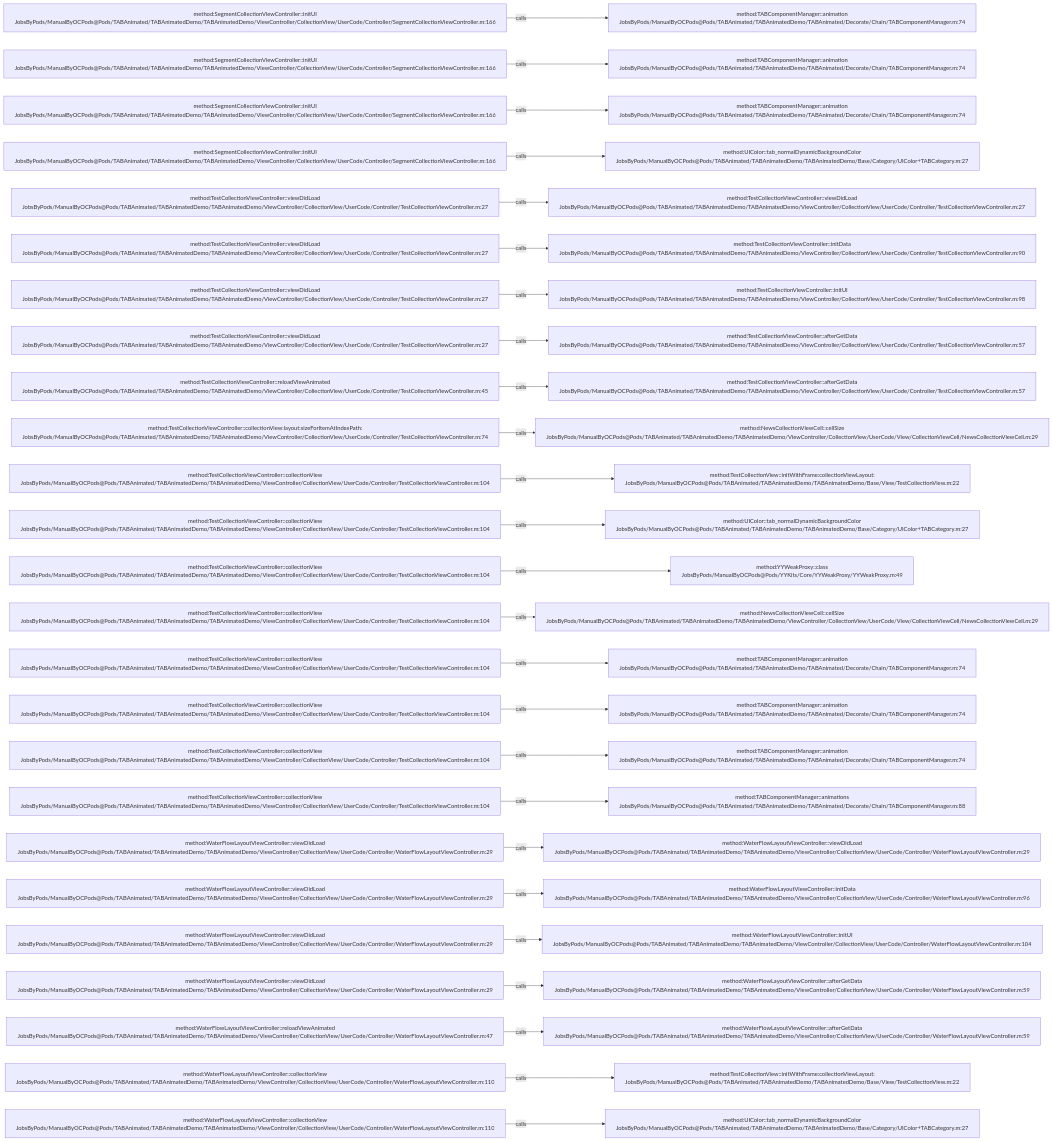
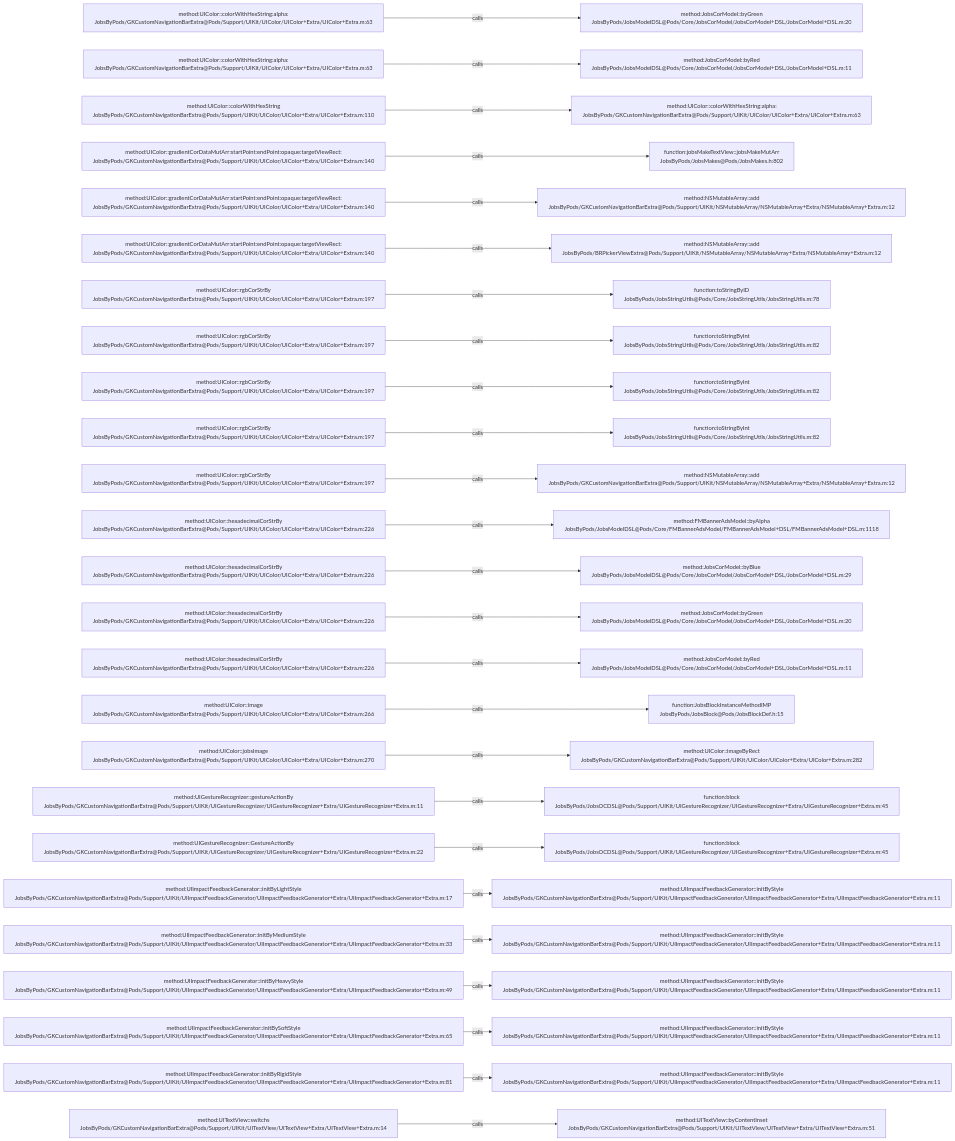
One commit to JobsKits/JobsOCBaseConfigDemo changed the diagram in .codegraph/codegraph.md/graphs/calls-039.md. Above: the diagram before and after it, drawn with Mermaid. The commit also changed 768 other files, not shown here.

````diff
--- a/.codegraph/codegraph.md/graphs/calls-039.md
+++ b/.codegraph/codegraph.md/graphs/calls-039.md
@@ -13,78 +13,78 @@
 ```mermaid
 flowchart LR
-  S1["method:SegmentCollectionViewController::initUI<br/>JobsByPods/ManualByOCPods@Pods/TABAnimated/TABAnimatedDemo/TABAnimatedDemo/ViewController/CollectionView/UserCode/Controller/SegmentCollectionViewController.m:166"]
-  T1["method:TABComponentManager::animation<br/>JobsByPods/ManualByOCPods@Pods/TABAnimated/TABAnimatedDemo/TABAnimated/Decorate/Chain/TABComponentManager.m:74"]
+  S1["method:UIColor::colorWithHexString:alpha:<br/>JobsByPods/GKCustomNavigationBarExtra@Pods/Support/UIKit/UIColor/UIColor+Extra/UIColor+Extra.m:63"]
+  T1["method:JobsCorModel::byGreen<br/>JobsByPods/JobsModelDSL@Pods/Core/JobsCorModel/JobsCorModel+DSL/JobsCorModel+DSL.m:20"]
   S1 -->|calls| T1
-  S2["method:SegmentCollectionViewController::initUI<br/>JobsByPods/ManualByOCPods@Pods/TABAnimated/TABAnimatedDemo/TABAnimatedDemo/ViewController/CollectionView/UserCode/Controller/SegmentCollectionViewController.m:166"]
-  T2["method:TABComponentManager::animation<br/>JobsByPods/ManualByOCPods@Pods/TABAnimated/TABAnimatedDemo/TABAnimated/Decorate/Chain/TABComponentManager.m:74"]
+  S2["method:UIColor::colorWithHexString:alpha:<br/>JobsByPods/GKCustomNavigationBarExtra@Pods/Support/UIKit/UIColor/UIColor+Extra/UIColor+Extra.m:63"]
+  T2["method:JobsCorModel::byRed<br/>JobsByPods/JobsModelDSL@Pods/Core/JobsCorModel/JobsCorModel+DSL/JobsCorModel+DSL.m:11"]
   S2 -->|calls| T2
-  S3["method:SegmentCollectionViewController::initUI<br/>JobsByPods/ManualByOCPods@Pods/TABAnimated/TABAnimatedDemo/TABAnimatedDemo/ViewController/CollectionView/UserCode/Controller/SegmentCollectionViewController.m:166"]
-  T3["method:TABComponentManager::animation<br/>JobsByPods/ManualByOCPods@Pods/TABAnimated/TABAnimatedDemo/TABAnimated/Decorate/Chain/TABComponentManager.m:74"]
+  S3["method:UIColor::colorWithHexString<br/>JobsByPods/GKCustomNavigationBarExtra@Pods/Support/UIKit/UIColor/UIColor+Extra/UIColor+Extra.m:110"]
+  T3["method:UIColor::colorWithHexString:alpha:<br/>JobsByPods/GKCustomNavigationBarExtra@Pods/Support/UIKit/UIColor/UIColor+Extra/UIColor+Extra.m:63"]
   S3 -->|calls| T3
-  S4["method:SegmentCollectionViewController::initUI<br/>JobsByPods/ManualByOCPods@Pods/TABAnimated/TABAnimatedDemo/TABAnimatedDemo/ViewController/CollectionView/UserCode/Controller/SegmentCollectionViewController.m:166"]
-  T4["method:UIColor::tab_normalDynamicBackgroundColor<br/>JobsByPods/ManualByOCPods@Pods/TABAnimated/TABAnimatedDemo/TABAnimatedDemo/Base/Category/UIColor+TABCategory.m:27"]
+  S4["method:UIColor::gradientCorDataMutArr:startPoint:endPoint:opaque:targetViewRect:<br/>JobsByPods/GKCustomNavigationBarExtra@Pods/Support/UIKit/UIColor/UIColor+Extra/UIColor+Extra.m:140"]
+  T4["function:jobsMakeTextView::jobsMakeMutArr<br/>JobsByPods/JobsMakes@Pods/JobsMakes.h:802"]
   S4 -->|calls| T4
-  S5["method:TestCollectionViewController::viewDidLoad<br/>JobsByPods/ManualByOCPods@Pods/TABAnimated/TABAnimatedDemo/TABAnimatedDemo/ViewController/CollectionView/UserCode/Controller/TestCollectionViewController.m:27"]
-  T5["method:TestCollectionViewController::viewDidLoad<br/>JobsByPods/ManualByOCPods@Pods/TABAnimated/TABAnimatedDemo/TABAnimatedDemo/ViewController/CollectionView/UserCode/Controller/TestCollectionViewController.m:27"]
+  S5["method:UIColor::gradientCorDataMutArr:startPoint:endPoint:opaque:targetViewRect:<br/>JobsByPods/GKCustomNavigationBarExtra@Pods/Support/UIKit/UIColor/UIColor+Extra/UIColor+Extra.m:140"]
+  T5["method:NSMutableArray::add<br/>JobsByPods/GKCustomNavigationBarExtra@Pods/Support/UIKit/NSMutableArray/NSMutableArray+Extra/NSMutableArray+Extra.m:12"]
   S5 -->|calls| T5
-  S6["method:TestCollectionViewController::viewDidLoad<br/>JobsByPods/ManualByOCPods@Pods/TABAnimated/TABAnimatedDemo/TABAnimatedDemo/ViewController/CollectionView/UserCode/Controller/TestCollectionViewController.m:27"]
-  T6["method:TestCollectionViewController::initData<br/>JobsByPods/ManualByOCPods@Pods/TABAnimated/TABAnimatedDemo/TABAnimatedDemo/ViewController/CollectionView/UserCode/Controller/TestCollectionViewController.m:90"]
+  S6["method:UIColor::gradientCorDataMutArr:startPoint:endPoint:opaque:targetViewRect:<br/>JobsByPods/GKCustomNavigationBarExtra@Pods/Support/UIKit/UIColor/UIColor+Extra/UIColor+Extra.m:140"]
+  T6["method:NSMutableArray::add<br/>JobsByPods/BRPickerViewExtra@Pods/Support/UIKit/NSMutableArray/NSMutableArray+Extra/NSMutableArray+Extra.m:12"]
   S6 -->|calls| T6
-  S7["method:TestCollectionViewController::viewDidLoad<br/>JobsByPods/ManualByOCPods@Pods/TABAnimated/TABAnimatedDemo/TABAnimatedDemo/ViewController/CollectionView/UserCode/Controller/TestCollectionViewController.m:27"]
-  T7["method:TestCollectionViewController::initUI<br/>JobsByPods/ManualByOCPods@Pods/TABAnimated/TABAnimatedDemo/TABAnimatedDemo/ViewController/CollectionView/UserCode/Controller/TestCollectionViewController.m:98"]
+  S7["method:UIColor::rgbCorStrBy<br/>JobsByPods/GKCustomNavigationBarExtra@Pods/Support/UIKit/UIColor/UIColor+Extra/UIColor+Extra.m:197"]
+  T7["function:toStringByID<br/>JobsByPods/JobsStringUtils@Pods/Core/JobsStringUtils/JobsStringUtils.m:78"]
   S7 -->|calls| T7
-  S8["method:TestCollectionViewController::viewDidLoad<br/>JobsByPods/ManualByOCPods@Pods/TABAnimated/TABAnimatedDemo/TABAnimatedDemo/ViewController/CollectionView/UserCode/Controller/TestCollectionViewController.m:27"]
-  T8["method:TestCollectionViewController::afterGetData<br/>JobsByPods/ManualByOCPods@Pods/TABAnimated/TABAnimatedDemo/TABAnimatedDemo/ViewController/CollectionView/UserCode/Controller/TestCollectionViewController.m:57"]
+  S8["method:UIColor::rgbCorStrBy<br/>JobsByPods/GKCustomNavigationBarExtra@Pods/Support/UIKit/UIColor/UIColor+Extra/UIColor+Extra.m:197"]
+  T8["function:toStringByInt<br/>JobsByPods/JobsStringUtils@Pods/Core/JobsStringUtils/JobsStringUtils.m:82"]
   S8 -->|calls| T8
-  S9["method:TestCollectionViewController::reloadViewAnimated<br/>JobsByPods/ManualByOCPods@Pods/TABAnimated/TABAnimatedDemo/TABAnimatedDemo/ViewController/CollectionView/UserCode/Controller/TestCollectionViewController.m:45"]
-  T9["method:TestCollectionViewController::afterGetData<br/>JobsByPods/ManualByOCPods@Pods/TABAnimated/TABAnimatedDemo/TABAnimatedDemo/ViewController/CollectionView/UserCode/Controller/TestCollectionViewController.m:57"]
+  S9["method:UIColor::rgbCorStrBy<br/>JobsByPods/GKCustomNavigationBarExtra@Pods/Support/UIKit/UIColor/UIColor+Extra/UIColor+Extra.m:197"]
+  T9["function:toStringByInt<br/>JobsByPods/JobsStringUtils@Pods/Core/JobsStringUtils/JobsStringUtils.m:82"]
   S9 -->|calls| T9
-  S10["method:TestCollectionViewController::collectionView:layout:sizeForItemAtIndexPath:<br/>JobsByPods/ManualByOCPods@Pods/TABAnimated/TABAnimatedDemo/TABAnimatedDemo/ViewController/CollectionView/UserCode/Controller/TestCollectionViewController.m:74"]
-  T10["method:NewsCollectionViewCell::cellSize<br/>JobsByPods/ManualByOCPods@Pods/TABAnimated/TABAnimatedDemo/TABAnimatedDemo/ViewController/CollectionView/UserCode/View/CollectionViewCell/NewsCollectionViewCell.m:29"]
+  S10["method:UIColor::rgbCorStrBy<br/>JobsByPods/GKCustomNavigationBarExtra@Pods/Support/UIKit/UIColor/UIColor+Extra/UIColor+Extra.m:197"]
+  T10["function:toStringByInt<br/>JobsByPods/JobsStringUtils@Pods/Core/JobsStringUtils/JobsStringUtils.m:82"]
   S10 -->|calls| T10
-  S11["method:TestCollectionViewController::collectionView<br/>JobsByPods/ManualByOCPods@Pods/TABAnimated/TABAnimatedDemo/TABAnimatedDemo/ViewController/CollectionView/UserCode/Controller/TestCollectionViewController.m:104"]
-  T11["method:TestCollectionView::initWithFrame:collectionViewLayout:<br/>JobsByPods/ManualByOCPods@Pods/TABAnimated/TABAnimatedDemo/TABAnimatedDemo/Base/View/TestCollectionView.m:22"]
+  S11["method:UIColor::rgbCorStrBy<br/>JobsByPods/GKCustomNavigationBarExtra@Pods/Support/UIKit/UIColor/UIColor+Extra/UIColor+Extra.m:197"]
+  T11["method:NSMutableArray::add<br/>JobsByPods/GKCustomNavigationBarExtra@Pods/Support/UIKit/NSMutableArray/NSMutableArray+Extra/NSMutableArray+Extra.m:12"]
   S11 -->|calls| T11
-  S12["method:TestCollectionViewController::collectionView<br/>JobsByPods/ManualByOCPods@Pods/TABAnimated/TABAnimatedDemo/TABAnimatedDemo/ViewController/CollectionView/UserCode/Controller/TestCollectionViewController.m:104"]
-  T12["method:UIColor::tab_normalDynamicBackgroundColor<br/>JobsByPods/ManualByOCPods@Pods/TABAnimated/TABAnimatedDemo/TABAnimatedDemo/Base/Category/UIColor+TABCategory.m:27"]
+  S12["method:UIColor::hexadecimalCorStrBy<br/>JobsByPods/GKCustomNavigationBarExtra@Pods/Support/UIKit/UIColor/UIColor+Extra/UIColor+Extra.m:226"]
+  T12["method:FMBannerAdsModel::byAlpha<br/>JobsByPods/JobsModelDSL@Pods/Core/FMBannerAdsModel/FMBannerAdsModel+DSL/FMBannerAdsModel+DSL.m:1118"]
   S12 -->|calls| T12
-  S13["method:TestCollectionViewController::collectionView<br/>JobsByPods/ManualByOCPods@Pods/TABAnimated/TABAnimatedDemo/TABAnimatedDemo/ViewController/CollectionView/UserCode/Controller/TestCollectionViewController.m:104"]
-  T13["method:YYWeakProxy::class<br/>JobsByPods/ManualByOCPods@Pods/YYKits/Core/YYWeakProxy/YYWeakProxy.m:49"]
+  S13["method:UIColor::hexadecimalCorStrBy<br/>JobsByPods/GKCustomNavigationBarExtra@Pods/Support/UIKit/UIColor/UIColor+Extra/UIColor+Extra.m:226"]
+  T13["method:JobsCorModel::byBlue<br/>JobsByPods/JobsModelDSL@Pods/Core/JobsCorModel/JobsCorModel+DSL/JobsCorModel+DSL.m:29"]
   S13 -->|calls| T13
-  S14["method:TestCollectionViewController::collectionView<br/>JobsByPods/ManualByOCPods@Pods/TABAnimated/TABAnimatedDemo/TABAnimatedDemo/ViewController/CollectionView/UserCode/Controller/TestCollectionViewController.m:104"]
-  T14["method:NewsCollectionViewCell::cellSize<br/>JobsByPods/ManualByOCPods@Pods/TABAnimated/TABAnimatedDemo/TABAnimatedDemo/ViewController/CollectionView/UserCode/View/CollectionViewCell/NewsCollectionViewCell.m:29"]
+  S14["method:UIColor::hexadecimalCorStrBy<br/>JobsByPods/GKCustomNavigationBarExtra@Pods/Support/UIKit/UIColor/UIColor+Extra/UIColor+Extra.m:226"]
+  T14["method:JobsCorModel::byGreen<br/>JobsByPods/JobsModelDSL@Pods/Core/JobsCorModel/JobsCorModel+DSL/JobsCorModel+DSL.m:20"]
   S14 -->|calls| T14
-  S15["method:TestCollectionViewController::collectionView<br/>JobsByPods/ManualByOCPods@Pods/TABAnimated/TABAnimatedDemo/TABAnimatedDemo/ViewController/CollectionView/UserCode/Controller/TestCollectionViewController.m:104"]
-  T15["method:TABComponentManager::animation<br/>JobsByPods/ManualByOCPods@Pods/TABAnimated/TABAnimatedDemo/TABAnimated/Decorate/Chain/TABComponentManager.m:74"]
+  S15["method:UIColor::hexadecimalCorStrBy<br/>JobsByPods/GKCustomNavigationBarExtra@Pods/Support/UIKit/UIColor/UIColor+Extra/UIColor+Extra.m:226"]
+  T15["method:JobsCorModel::byRed<br/>JobsByPods/JobsModelDSL@Pods/Core/JobsCorModel/JobsCorModel+DSL/JobsCorModel+DSL.m:11"]
   S15 -->|calls| T15
-  S16["method:TestCollectionViewController::collectionView<br/>JobsByPods/ManualByOCPods@Pods/TABAnimated/TABAnimatedDemo/TABAnimatedDemo/ViewController/CollectionView/UserCode/Controller/TestCollectionViewController.m:104"]
-  T16["method:TABComponentManager::animation<br/>JobsByPods/ManualByOCPods@Pods/TABAnimated/TABAnimatedDemo/TABAnimated/Decorate/Chain/TABComponentManager.m:74"]
+  S16["method:UIColor::image<br/>JobsByPods/GKCustomNavigationBarExtra@Pods/Support/UIKit/UIColor/UIColor+Extra/UIColor+Extra.m:266"]
+  T16["function:JobsBlockInstanceMethodIMP<br/>JobsByPods/JobsBlock@Pods/JobsBlockDef.h:15"]
   S16 -->|calls| T16
-  S17["method:TestCollectionViewController::collectionView<br/>JobsByPods/ManualByOCPods@Pods/TABAnimated/TABAnimatedDemo/TABAnimatedDemo/ViewController/CollectionView/UserCode/Controller/TestCollectionViewController.m:104"]
-  T17["method:TABComponentManager::animation<br/>JobsByPods/ManualByOCPods@Pods/TABAnimated/TABAnimatedDemo/TABAnimated/Decorate/Chain/TABComponentManager.m:74"]
+  S17["method:UIColor::jobsImage<br/>JobsByPods/GKCustomNavigationBarExtra@Pods/Support/UIKit/UIColor/UIColor+Extra/UIColor+Extra.m:270"]
+  T17["method:UIColor::imageByRect<br/>JobsByPods/GKCustomNavigationBarExtra@Pods/Support/UIKit/UIColor/UIColor+Extra/UIColor+Extra.m:282"]
   S17 -->|calls| T17
-  S18["method:TestCollectionViewController::collectionView<br/>JobsByPods/ManualByOCPods@Pods/TABAnimated/TABAnimatedDemo/TABAnimatedDemo/ViewController/CollectionView/UserCode/Controller/TestCollectionViewController.m:104"]
-  T18["method:TABComponentManager::animations<br/>JobsByPods/ManualByOCPods@Pods/TABAnimated/TABAnimatedDemo/TABAnimated/Decorate/Chain/TABComponentManager.m:88"]
+  S18["method:UIGestureRecognizer::gestureActionBy<br/>JobsByPods/GKCustomNavigationBarExtra@Pods/Support/UIKit/UIGestureRecognizer/UIGestureRecognizer+Extra/UIGestureRecognizer+Extra.m:11"]
+  T18["function:block<br/>JobsByPods/JobsOCDSL@Pods/Support/UIKit/UIGestureRecognizer/UIGestureRecognizer+Extra/UIGestureRecognizer+Extra.m:45"]
   S18 -->|calls| T18
-  S19["method:WaterFlowLayoutViewController::viewDidLoad<br/>JobsByPods/ManualByOCPods@Pods/TABAnimated/TABAnimatedDemo/TABAnimatedDemo/ViewController/CollectionView/UserCode/Controller/WaterFlowLayoutViewController.m:29"]
-  T19["method:WaterFlowLayoutViewController::viewDidLoad<br/>JobsByPods/ManualByOCPods@Pods/TABAnimated/TABAnimatedDemo/TABAnimatedDemo/ViewController/CollectionView/UserCode/Controller/WaterFlowLayoutViewController.m:29"]
+  S19["method:UIGestureRecognizer::GestureActionBy<br/>JobsByPods/GKCustomNavigationBarExtra@Pods/Support/UIKit/UIGestureRecognizer/UIGestureRecognizer+Extra/UIGestureRecognizer+Extra.m:22"]
+  T19["function:block<br/>JobsByPods/JobsOCDSL@Pods/Support/UIKit/UIGestureRecognizer/UIGestureRecognizer+Extra/UIGestureRecognizer+Extra.m:45"]
   S19 -->|calls| T19
-  S20["method:WaterFlowLayoutViewController::viewDidLoad<br/>JobsByPods/ManualByOCPods@Pods/TABAnimated/TABAnimatedDemo/TABAnimatedDemo/ViewController/CollectionView/UserCode/Controller/WaterFlowLayoutViewController.m:29"]
-  T20["method:WaterFlowLayoutViewController::initData<br/>JobsByPods/ManualByOCPods@Pods/TABAnimated/TABAnimatedDemo/TABAnimatedDemo/ViewController/CollectionView/UserCode/Controller/WaterFlowLayoutViewController.m:96"]
+  S20["method:UIImpactFeedbackGenerator::initByLightStyle<br/>JobsByPods/GKCustomNavigationBarExtra@Pods/Support/UIKit/UIImpactFeedbackGenerator/UIImpactFeedbackGenerator+Extra/UIImpactFeedbackGenerator+Extra.m:17"]
+  T20["method:UIImpactFeedbackGenerator::initByStyle<br/>JobsByPods/GKCustomNavigationBarExtra@Pods/Support/UIKit/UIImpactFeedbackGenerator/UIImpactFeedbackGenerator+Extra/UIImpactFeedbackGenerator+Extra.m:11"]
   S20 -->|calls| T20
-  S21["method:WaterFlowLayoutViewController::viewDidLoad<br/>JobsByPods/ManualByOCPods@Pods/TABAnimated/TABAnimatedDemo/TABAnimatedDemo/ViewController/CollectionView/UserCode/Controller/WaterFlowLayoutViewController.m:29"]
-  T21["method:WaterFlowLayoutViewController::initUI<br/>JobsByPods/ManualByOCPods@Pods/TABAnimated/TABAnimatedDemo/TABAnimatedDemo/ViewController/CollectionView/UserCode/Controller/WaterFlowLayoutViewController.m:104"]
+  S21["method:UIImpactFeedbackGenerator::initByMediumStyle<br/>JobsByPods/GKCustomNavigationBarExtra@Pods/Support/UIKit/UIImpactFeedbackGenerator/UIImpactFeedbackGenerator+Extra/UIImpactFeedbackGenerator+Extra.m:33"]
+  T21["method:UIImpactFeedbackGenerator::initByStyle<br/>JobsByPods/GKCustomNavigationBarExtra@Pods/Support/UIKit/UIImpactFeedbackGenerator/UIImpactFeedbackGenerator+Extra/UIImpactFeedbackGenerator+Extra.m:11"]
   S21 -->|calls| T21
-  S22["method:WaterFlowLayoutViewController::viewDidLoad<br/>JobsByPods/ManualByOCPods@Pods/TABAnimated/TABAnimatedDemo/TABAnimatedDemo/ViewController/CollectionView/UserCode/Controller/WaterFlowLayoutViewController.m:29"]
-  T22["method:WaterFlowLayoutViewController::afterGetData<br/>JobsByPods/ManualByOCPods@Pods/TABAnimated/TABAnimatedDemo/TABAnimatedDemo/ViewController/CollectionView/UserCode/Controller/WaterFlowLayoutViewController.m:59"]
+  S22["method:UIImpactFeedbackGenerator::initByHeavyStyle<br/>JobsByPods/GKCustomNavigationBarExtra@Pods/Support/UIKit/UIImpactFeedbackGenerator/UIImpactFeedbackGenerator+Extra/UIImpactFeedbackGenerator+Extra.m:49"]
+  T22["method:UIImpactFeedbackGenerator::initByStyle<br/>JobsByPods/GKCustomNavigationBarExtra@Pods/Support/UIKit/UIImpactFeedbackGenerator/UIImpactFeedbackGenerator+Extra/UIImpactFeedbackGenerator+Extra.m:11"]
   S22 -->|calls| T22
-  S23["method:WaterFlowLayoutViewController::reloadViewAnimated<br/>JobsByPods/ManualByOCPods@Pods/TABAnimated/TABAnimatedDemo/TABAnimatedDemo/ViewController/CollectionView/UserCode/Controller/WaterFlowLayoutViewController.m:47"]
-  T23["method:WaterFlowLayoutViewController::afterGetData<br/>JobsByPods/ManualByOCPods@Pods/TABAnimated/TABAnimatedDemo/TABAnimatedDemo/ViewController/CollectionView/UserCode/Controller/WaterFlowLayoutViewController.m:59"]
+  S23["method:UIImpactFeedbackGenerator::initBySoftStyle<br/>JobsByPods/GKCustomNavigationBarExtra@Pods/Support/UIKit/UIImpactFeedbackGenerator/UIImpactFeedbackGenerator+Extra/UIImpactFeedbackGenerator+Extra.m:65"]
+  T23["method:UIImpactFeedbackGenerator::initByStyle<br/>JobsByPods/GKCustomNavigationBarExtra@Pods/Support/UIKit/UIImpactFeedbackGenerator/UIImpactFeedbackGenerator+Extra/UIImpactFeedbackGenerator+Extra.m:11"]
   S23 -->|calls| T23
-  S24["method:WaterFlowLayoutViewController::collectionView<br/>JobsByPods/ManualByOCPods@Pods/TABAnimated/TABAnimatedDemo/TABAnimatedDemo/ViewController/CollectionView/UserCode/Controller/WaterFlowLayoutViewController.m:110"]
-  T24["method:TestCollectionView::initWithFrame:collectionViewLayout:<br/>JobsByPods/ManualByOCPods@Pods/TABAnimated/TABAnimatedDemo/TABAnimatedDemo/Base/View/TestCollectionView.m:22"]
+  S24["method:UIImpactFeedbackGenerator::initByRigidStyle<br/>JobsByPods/GKCustomNavigationBarExtra@Pods/Support/UIKit/UIImpactFeedbackGenerator/UIImpactFeedbackGenerator+Extra/UIImpactFeedbackGenerator+Extra.m:81"]
+  T24["method:UIImpactFeedbackGenerator::initByStyle<br/>JobsByPods/GKCustomNavigationBarExtra@Pods/Support/UIKit/UIImpactFeedbackGenerator/UIImpactFeedbackGenerator+Extra/UIImpactFeedbackGenerator+Extra.m:11"]
   S24 -->|calls| T24
-  S25["method:WaterFlowLayoutViewController::collectionView<br/>JobsByPods/ManualByOCPods@Pods/TABAnimated/TABAnimatedDemo/TABAnimatedDemo/ViewController/CollectionView/UserCode/Controller/WaterFlowLayoutViewController.m:110"]
-  T25["method:UIColor::tab_normalDynamicBackgroundColor<br/>JobsByPods/ManualByOCPods@Pods/TABAnimated/TABAnimatedDemo/TABAnimatedDemo/Base/Category/UIColor+TABCategory.m:27"]
+  S25["method:UITextView::switchs<br/>JobsByPods/GKCustomNavigationBarExtra@Pods/Support/UIKit/UITextView/UITextView+Extra/UITextView+Extra.m:14"]
+  T25["method:UITextView::byContentInset<br/>JobsByPods/GKCustomNavigationBarExtra@Pods/Support/UIKit/UITextView/UITextView+Extra/UITextView+Extra.m:51"]
   S25 -->|calls| T25
 ```
````
